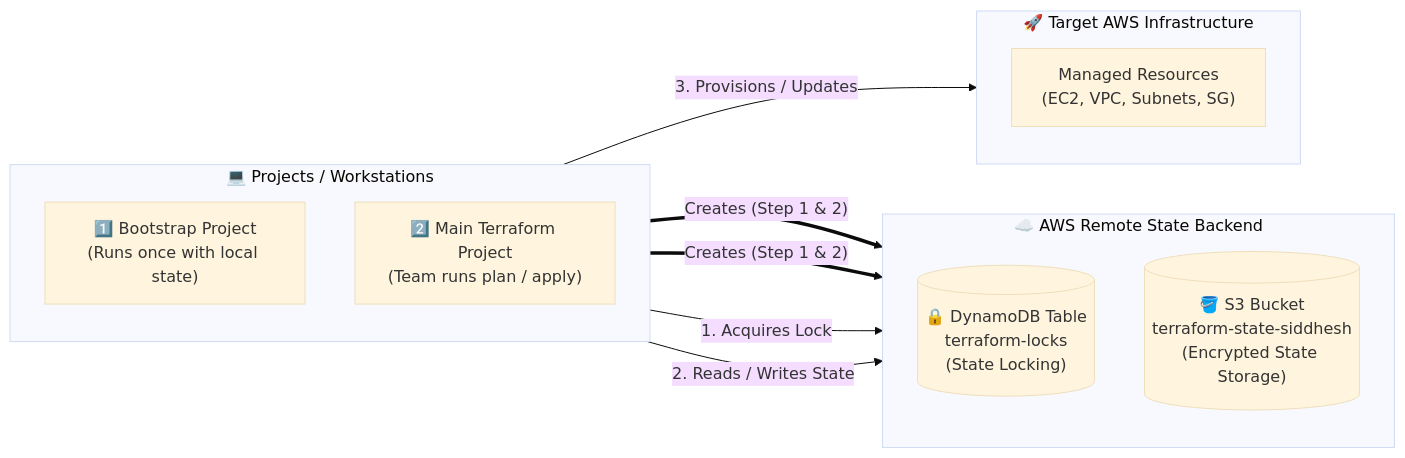
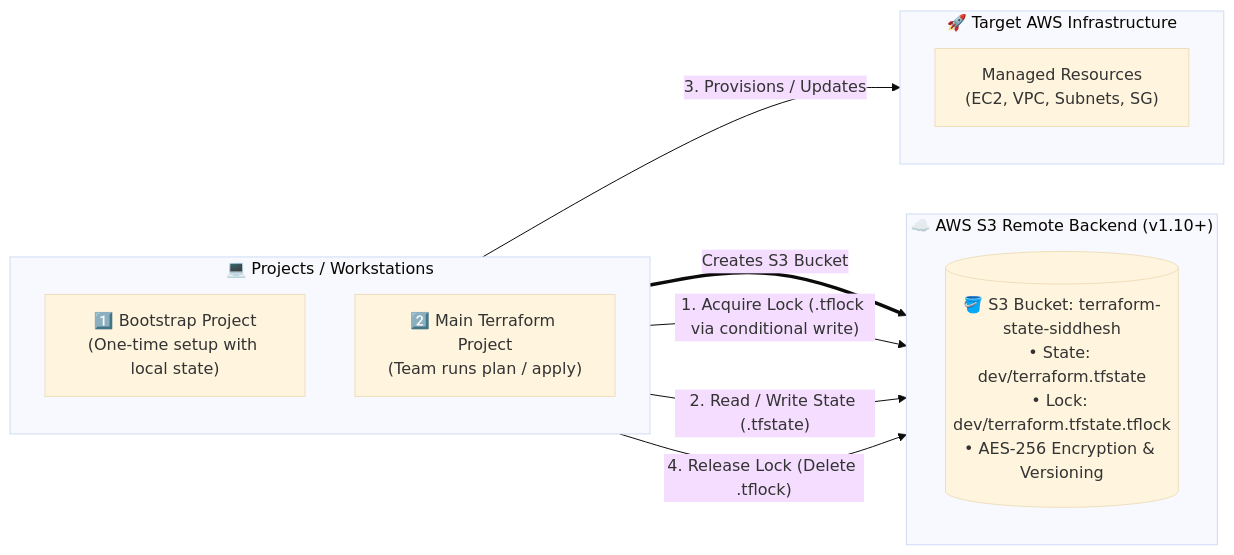
Before and after one commit to Siddpawar9222/Obsidian-Vault: the second of 2 diagrams in Devops/006-Terraform/009-RemoteLocationSetup.md, drawn with Mermaid (base theme). The commit also changed other lines of this file, not shown here.

````diff
--- a/Devops/006-Terraform/009-RemoteLocationSetup.md
+++ b/Devops/006-Terraform/009-RemoteLocationSetup.md
@@ -152,28 +211,27 @@
 ```mermaid
 flowchart LR
     subgraph LOCAL["💻 Projects / Workstations"]
         direction TB
-        B["1️⃣ Bootstrap Project<br>(Runs once with local state)"]
+        B["1️⃣ Bootstrap Project<br>(One-time setup with local state)"]
         M["2️⃣ Main Terraform Project<br>(Team runs plan / apply)"]
     end
 
-    subgraph BACKEND["☁️ AWS Remote State Backend"]
+    subgraph BACKEND["☁️ AWS S3 Remote Backend (v1.10+)"]
         direction TB
-        DDB[("🔒 DynamoDB Table<br>terraform-locks<br>(State Locking)")]
-        S3[("🪣 S3 Bucket<br>terraform-state-siddhesh<br>(Encrypted State Storage)")]
+        S3[("🪣 S3 Bucket: terraform-state-siddhesh<br>• State: dev/terraform.tfstate<br>• Lock: dev/terraform.tfstate.tflock<br>• AES-256 Encryption & Versioning")]
     end
 
     subgraph TARGET["🚀 Target AWS Infrastructure"]
         direction TB
         INFRA["Managed Resources<br>(EC2, VPC, Subnets, SG)"]
     end
 
     %% Phase 1: One-Time Bootstrap Setup
-    B ==>|"Creates (Step 1 & 2)"| S3
-    B ==>|"Creates (Step 1 & 2)"| DDB
+    B ==>|"Creates S3 Bucket"| S3
 
     %% Phase 2: Ongoing Team Workflow
-    M -->|"1. Acquires Lock"| DDB
-    M -->|"2. Reads / Writes State"| S3
+    M -->|"1. Acquire Lock (.tflock via conditional write)"| S3
+    M -->|"2. Read / Write State (.tfstate)"| S3
     M -->|"3. Provisions / Updates"| INFRA
+    M -->|"4. Release Lock (Delete .tflock)"| S3
 ```
````
